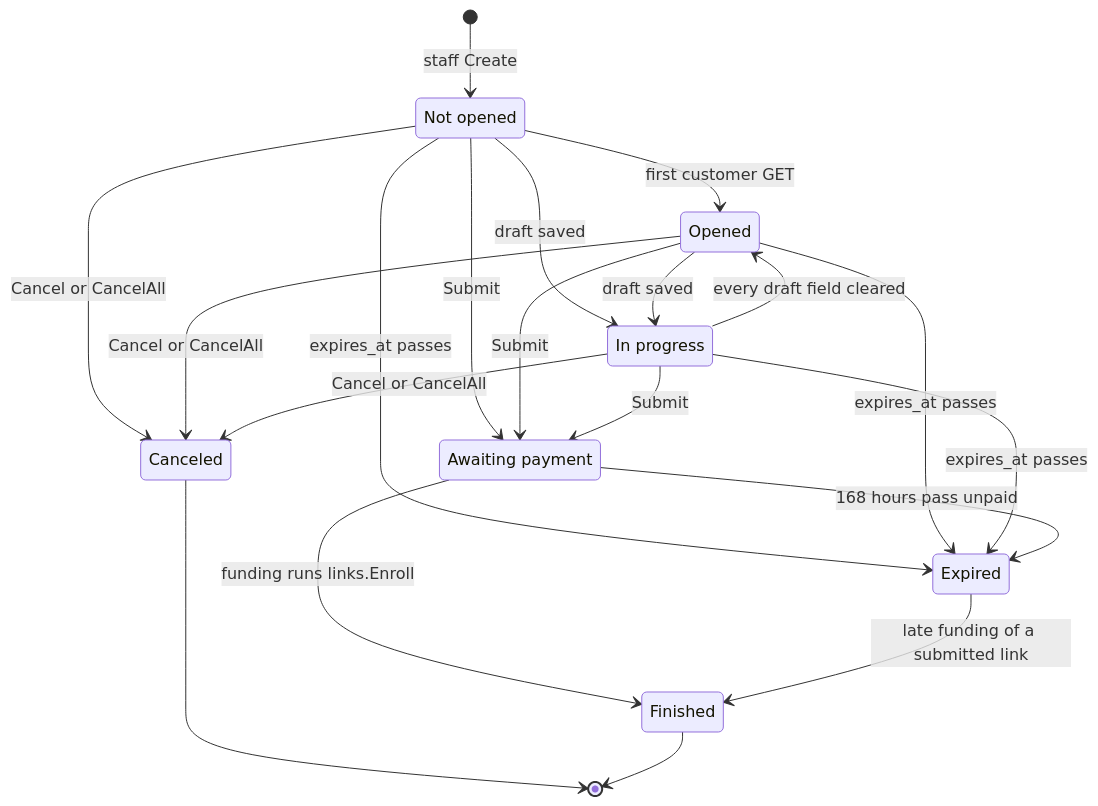
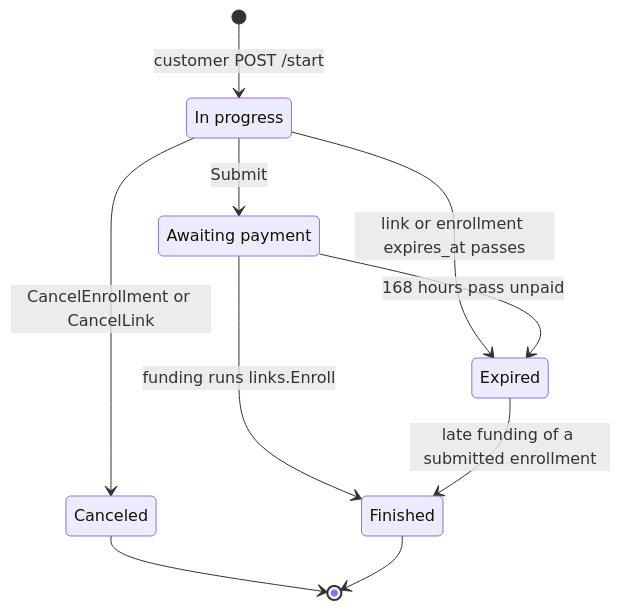
One commit to devGabriel131/ProjectHermes changed the diagram in docs/domain/links.md. Above: the diagram before and after it, drawn with Mermaid. The commit also changed other lines of this file and 63 other files, not shown here.

````diff
--- a/docs/domain/links.md
+++ b/docs/domain/links.md
@@ -31,25 +42,14 @@
 ```mermaid
 stateDiagram-v2
-    state "Not opened" as NotOpened
     state "In progress" as InProgress
     state "Awaiting payment" as AwaitingPayment
-    [*] --> NotOpened : staff Create
-    NotOpened --> Opened : first customer GET
-    NotOpened --> InProgress : draft saved
-    Opened --> InProgress : draft saved
-    InProgress --> Opened : every draft field cleared
-    NotOpened --> AwaitingPayment : Submit
-    Opened --> AwaitingPayment : Submit
+    [*] --> InProgress : customer POST /start
     InProgress --> AwaitingPayment : Submit
-    NotOpened --> Canceled : Cancel or CancelAll
-    Opened --> Canceled : Cancel or CancelAll
-    InProgress --> Canceled : Cancel or CancelAll
-    NotOpened --> Expired : expires_at passes
-    Opened --> Expired : expires_at passes
-    InProgress --> Expired : expires_at passes
+    InProgress --> Canceled : CancelEnrollment or CancelLink
+    InProgress --> Expired : link or enrollment expires_at passes
     AwaitingPayment --> Expired : 168 hours pass unpaid
     AwaitingPayment --> Finished : funding runs links.Enroll
-    Expired --> Finished : late funding of a submitted link
+    Expired --> Finished : late funding of a submitted enrollment
     Canceled --> [*]
     Finished --> [*]
 ```
````
